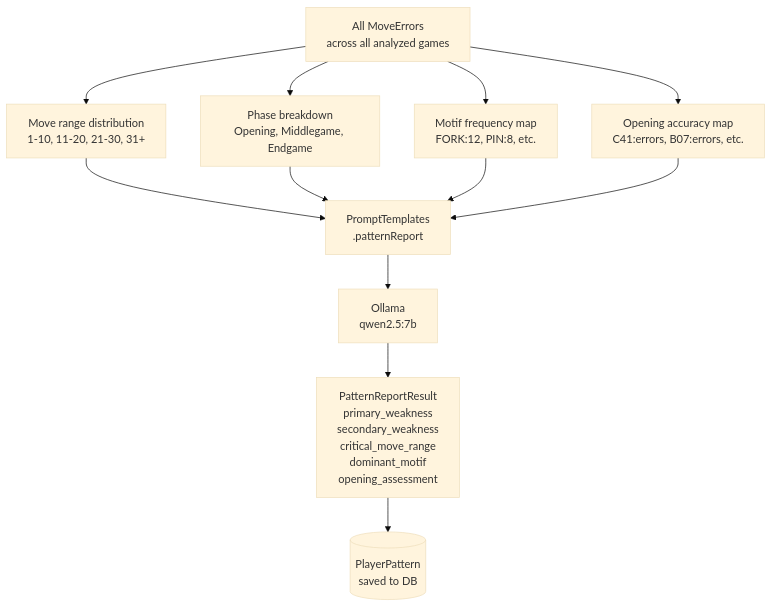
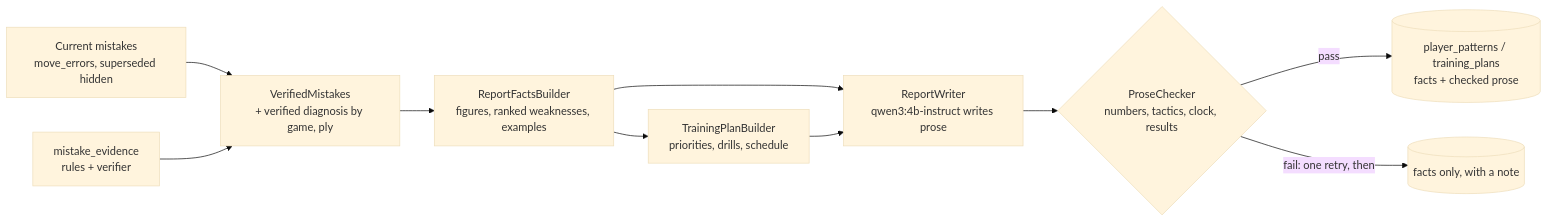
The sixth of 14 diagrams in ARCHITECTURE.md (Praxis-Chess/Praxis-Chess), drawn with Mermaid (base theme) before and after one commit. The commit also changed other lines of this file and 168 other files, not shown here.

Commit message:
Phase 12: verified reports, history kept, readable pages

````diff
--- a/ARCHITECTURE.md
+++ b/ARCHITECTURE.md
@@ -539,11 +496,12 @@
 ```mermaid
-flowchart TD
-    ERRORS[All MoveErrors\nacross all analyzed games] --> MR[Move range distribution\n1-10, 11-20, 21-30, 31+]
-    ERRORS --> PH[Phase breakdown\nOpening, Middlegame, Endgame]
-    ERRORS --> MF[Motif frequency map\nFORK:12, PIN:8, etc.]
-    ERRORS --> OA[Opening accuracy map\nC41:errors, B07:errors, etc.]
-    MR & PH & MF & OA --> PROMPT[PromptTemplates\n.patternReport]
-    PROMPT --> OL[Ollama\nqwen2.5:7b]
-    OL --> PR[PatternReportResult\nprimary_weakness\nsecondary_weakness\ncritical_move_range\ndominant_motif\nopening_assessment]
-    PR --> DB[(PlayerPattern\nsaved to DB)]
+flowchart LR
+    ME[Current mistakes\nmove_errors, superseded hidden] --> VM[VerifiedMistakes\n+ verified diagnosis by game, ply]
+    EV[mistake_evidence\nrules + verifier] --> VM
+    VM --> RF[ReportFactsBuilder\nfigures, ranked weaknesses, examples]
+    RF --> TB[TrainingPlanBuilder\npriorities, drills, schedule]
+    RF --> RW[ReportWriter\nqwen3:4b-instruct writes prose]
+    TB --> RW
+    RW --> PC{ProseChecker\nnumbers, tactics, clock, results}
+    PC -->|pass| SAVE[(player_patterns / training_plans\nfacts + checked prose)]
+    PC -->|fail: one retry, then| FACTS[(facts only, with a note)]
 ```
````
